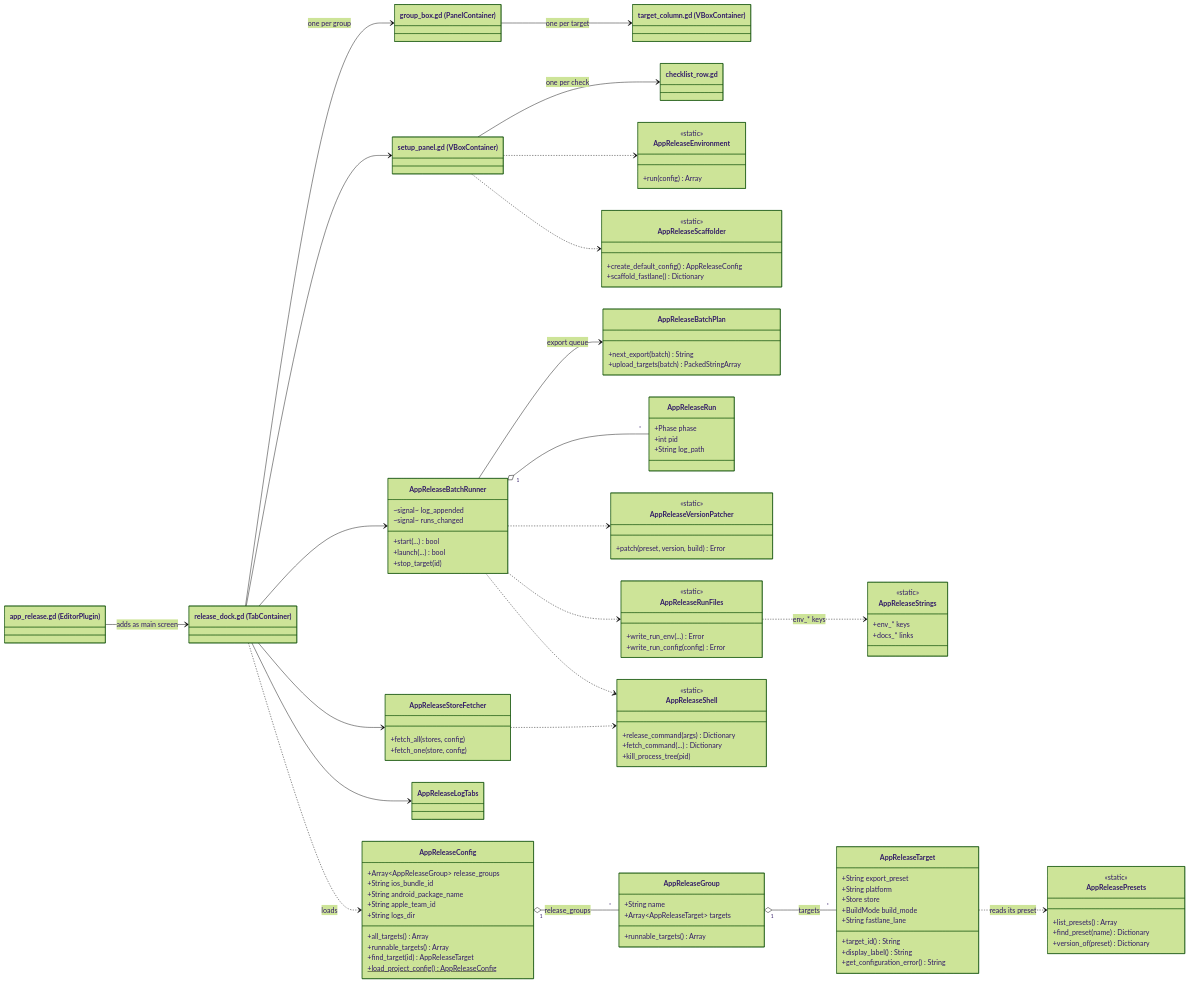
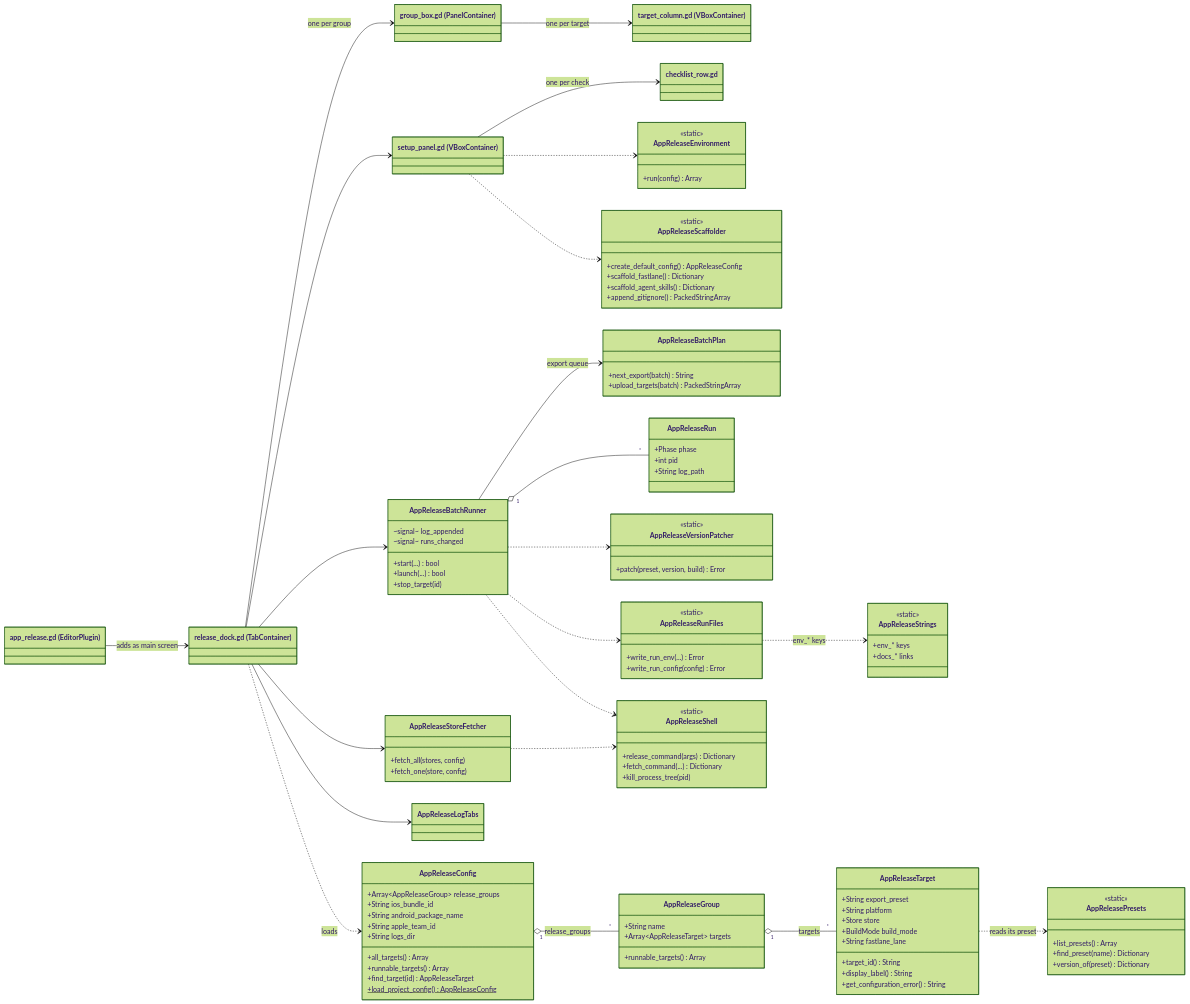
The first of 3 diagrams in ARCHITECTURE.md (chris-prenissl/godot_app_release), drawn with Mermaid (forest theme) before and after one commit. The commit also changed other lines of this file and 20 other files, not shown here.

Commit message:
Rework setup buttons to be more understandable and add agent skills button

```diff
--- a/ARCHITECTURE.md
+++ b/ARCHITECTURE.md
@@ -90,6 +90,8 @@
         <<static>>
         +create_default_config() AppReleaseConfig
         +scaffold_fastlane() Dictionary
+        +scaffold_agent_skills() Dictionary
+        +append_gitignore() PackedStringArray
     }
     class AppReleaseStrings {
         <<static>>
```
